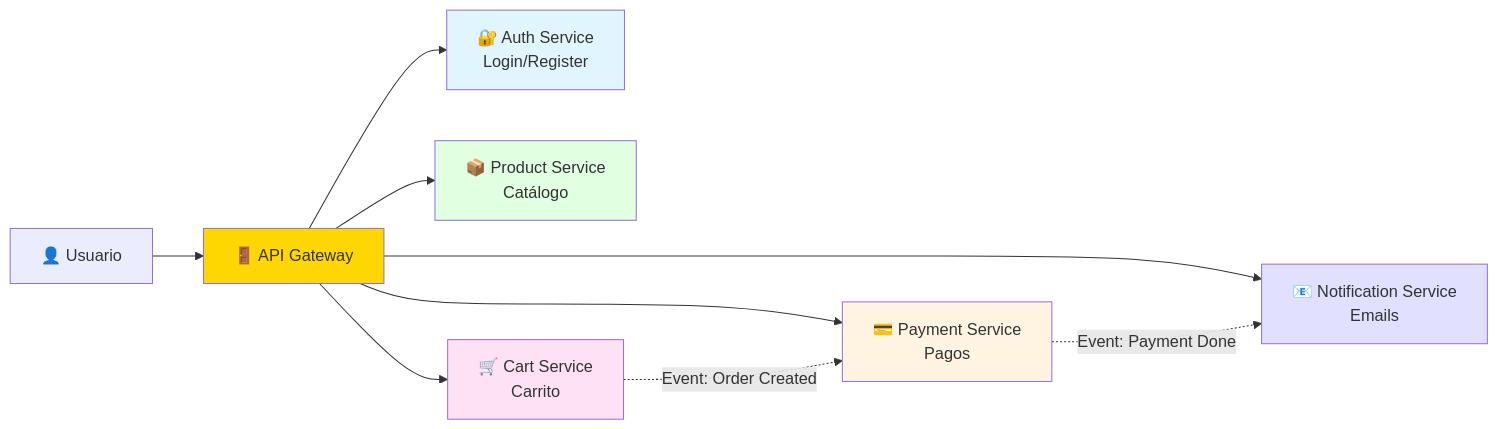
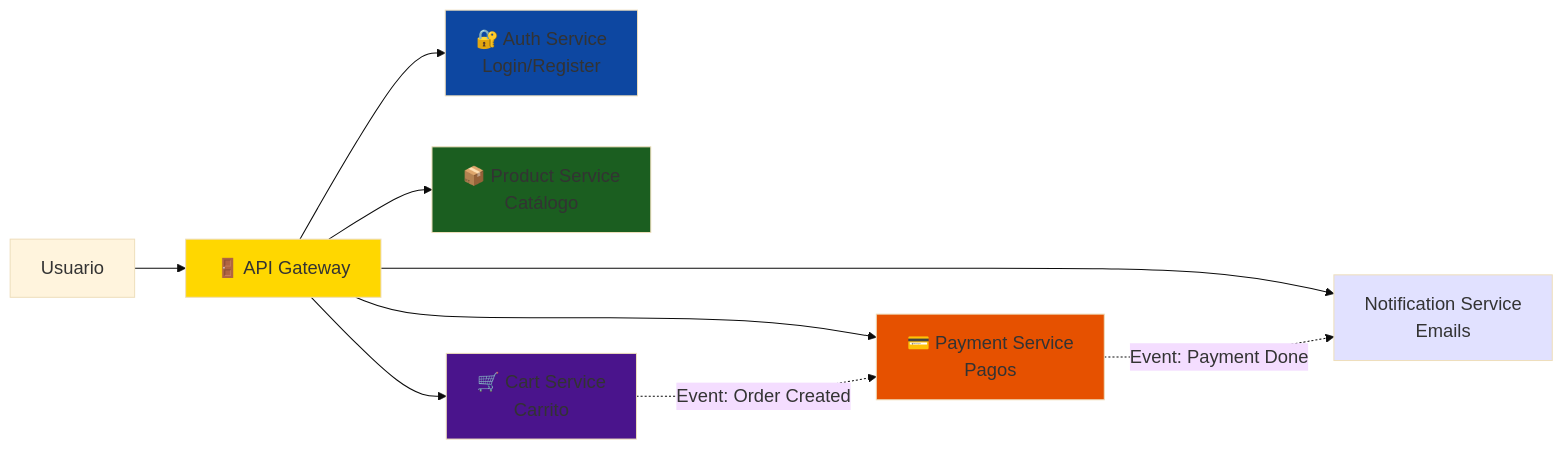
The fifth of 10 diagrams in courses/🟡-development/FPUNA-2026/01-DESARROLLO-SOFTWARE/01-arquitectura-software.md (Ai-Whisperers/Courses-Content), drawn with Mermaid before and after one commit. The commit also changed other lines of this file and 47 other files, not shown here.

First line of the commit message:
fix: Make all 473 diagrams WCAG AAA accessible (FPUNA-2026)

````diff
--- a/courses/🟡-development/FPUNA-2026/01-DESARROLLO-SOFTWARE/01-arquitectura-software.md
+++ b/courses/🟡-development/FPUNA-2026/01-DESARROLLO-SOFTWARE/01-arquitectura-software.md
@@ -189,20 +193,21 @@
 ```mermaid
+%%{init: {'theme':'base', 'themeVariables': {'fontSize':'18px'}}}%%
 graph LR
-    U[👤 Usuario] --> G[🚪 API Gateway]
+    U[Usuario] --> G[🚪 API Gateway]
     
     G --> A[🔐 Auth Service<br/>Login/Register]
     G --> B[📦 Product Service<br/>Catálogo]
     G --> C[🛒 Cart Service<br/>Carrito]
     G --> D[💳 Payment Service<br/>Pagos]
-    G --> E[📧 Notification Service<br/>Emails]
+    G --> E[Notification Service<br/>Emails]
     
     C -.Event: Order Created.-> D
     D -.Event: Payment Done.-> E
     
     style G fill:#FFD700
-    style A fill:#E1F5FF
-    style B fill:#E1FFE1
-    style C fill:#FFE1F5
-    style D fill:#FFF4E1
+    style A fill:#0d47a1
+    style B fill:#1b5e20
+    style C fill:#4a148c
+    style D fill:#e65100
     style E fill:#E1E1FF
 ```
````
